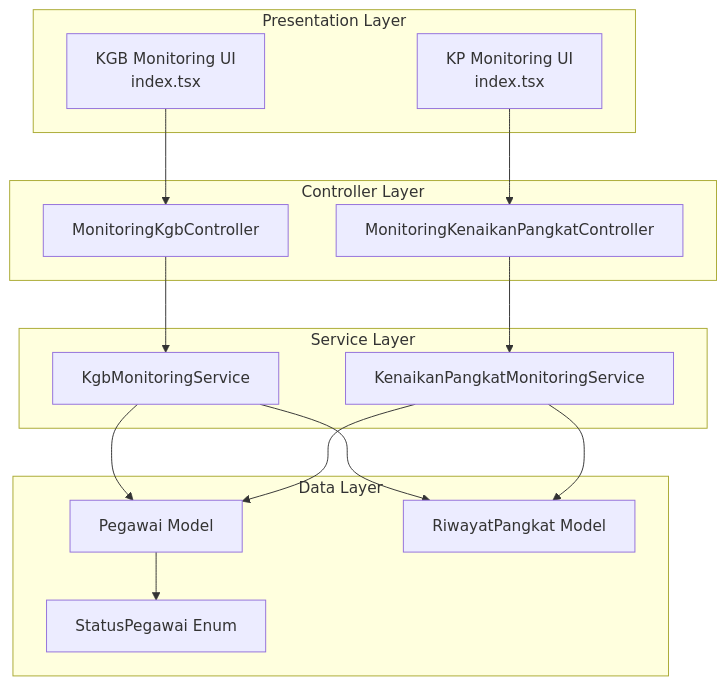
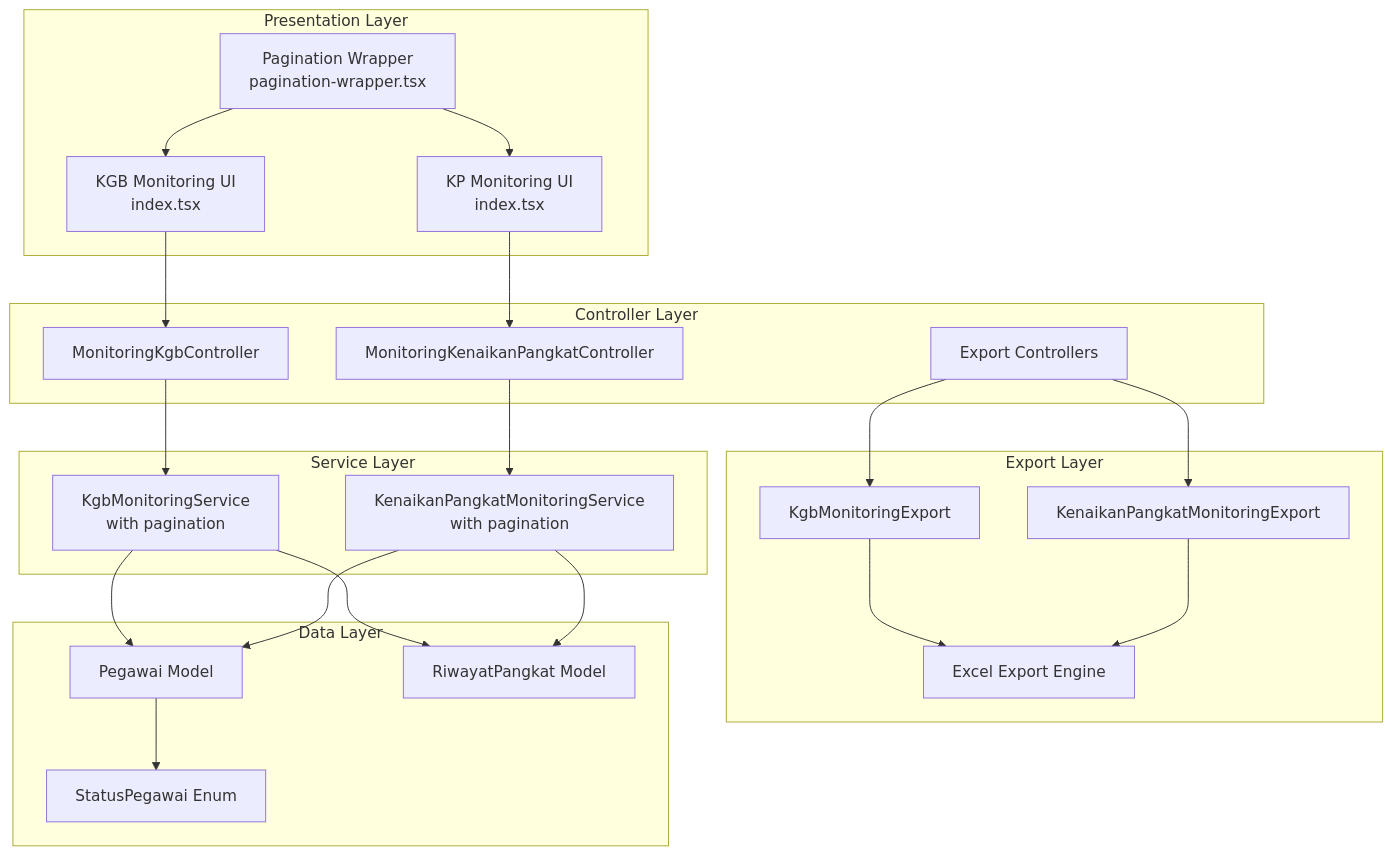
The first of 7 diagrams in .qoder/repowiki/en/content/Monitoring and Analytics System/Monitoring and Analytics System.md (PA-Penajam/kepegawaian_apps), drawn with Mermaid before and after one commit. The commit also changed other lines of this file and 22 other files, not shown here.

````diff
--- a/.qoder/repowiki/en/content/Monitoring and Analytics System/Monitoring and Analytics System.md
+++ b/.qoder/repowiki/en/content/Monitoring and Analytics System/Monitoring and Analytics System.md
@@ -55,29 +78,42 @@
 ```mermaid
 graph TB
 subgraph "Presentation Layer"
 KGBUI["KGB Monitoring UI<br/>index.tsx"]
 KPUI["KP Monitoring UI<br/>index.tsx"]
+Pagination["Pagination Wrapper<br/>pagination-wrapper.tsx"]
 end
 subgraph "Controller Layer"
 KGBCtrl["MonitoringKgbController"]
 KPCtrl["MonitoringKenaikanPangkatController"]
+ExportCtrl["Export Controllers"]
 end
 subgraph "Service Layer"
-KGBSvc["KgbMonitoringService"]
-KPSvc["KenaikanPangkatMonitoringService"]
+KGBSvc["KgbMonitoringService<br/>with pagination"]
+KPSvc["KenaikanPangkatMonitoringService<br/>with pagination"]
+end
+subgraph "Export Layer"
+KGBExport["KgbMonitoringExport"]
+KPExport["KenaikanPangkatMonitoringExport"]
+Excel["Excel Export Engine"]
 end
 subgraph "Data Layer"
 PegawaiModel["Pegawai Model"]
 RiwayatPangkatModel["RiwayatPangkat Model"]
 StatusEnum["StatusPegawai Enum"]
 end
 KGBUI --> KGBCtrl
 KPUI --> KPCtrl
+Pagination --> KGBUI
+Pagination --> KPUI
 KGBCtrl --> KGBSvc
 KPCtrl --> KPSvc
+ExportCtrl --> KGBExport
+ExportCtrl --> KPExport
+KGBExport --> Excel
+KPExport --> Excel
 KGBSvc --> PegawaiModel
 KPSvc --> PegawaiModel
 KGBSvc --> RiwayatPangkatModel
 KPSvc --> RiwayatPangkatModel
 PegawaiModel --> StatusEnum
 ```
````
